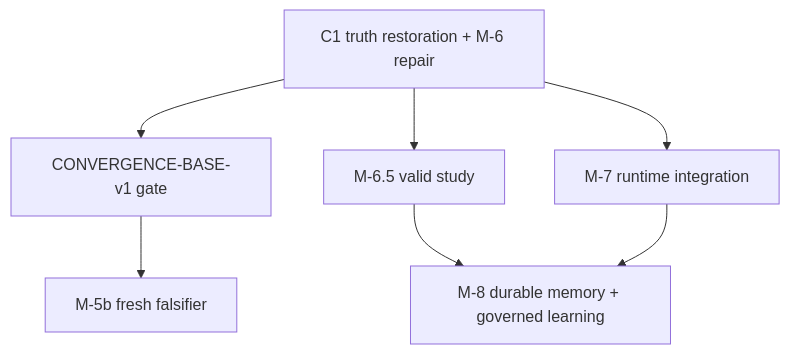
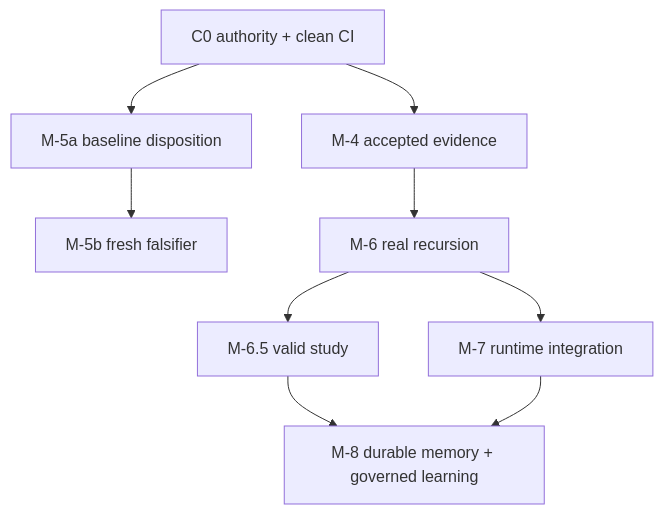
The diagram in docs/03_execution/milestones.md (brainopensource/cognitive-framework), drawn with Mermaid before and after one commit. The commit also changed other lines of this file and 17 other files, not shown here.

Commit message:
docs(Convergence-V0.7.3dev0): VISION SCHEMA REVISION V0.8.0 AETHER Higgs - Converge concepts

````diff
--- a/docs/03_execution/milestones.md
+++ b/docs/03_execution/milestones.md
@@ -49,9 +41,11 @@
 ```mermaid
 flowchart TD
-  C1["C1 truth restoration + M-6 repair"] --> B0["CONVERGENCE-BASE-v1 gate"]
-  B0 --> M5B["M-5b fresh falsifier"]
-  C1 --> M65["M-6.5 valid study"]
-  C1 --> M7["M-7 runtime integration"]
+  C0["C0 authority + clean CI"] --> M4["M-4 accepted evidence"]
+  C0 --> M5A["M-5a baseline disposition"]
+  M5A --> M5B["M-5b fresh falsifier"]
+  M4 --> M6["M-6 real recursion"]
+  M6 --> M65["M-6.5 valid study"]
+  M6 --> M7["M-7 runtime integration"]
   M65 --> M8["M-8 durable memory + governed learning"]
   M7 --> M8
 ```
````
